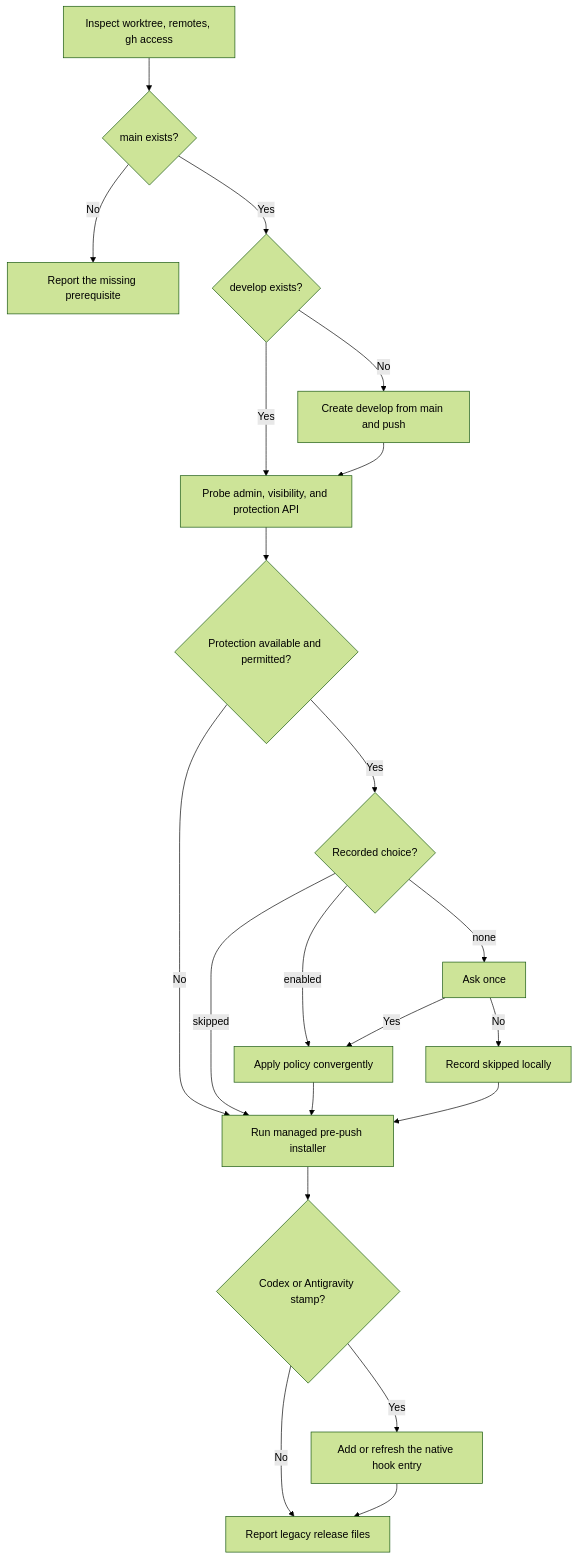
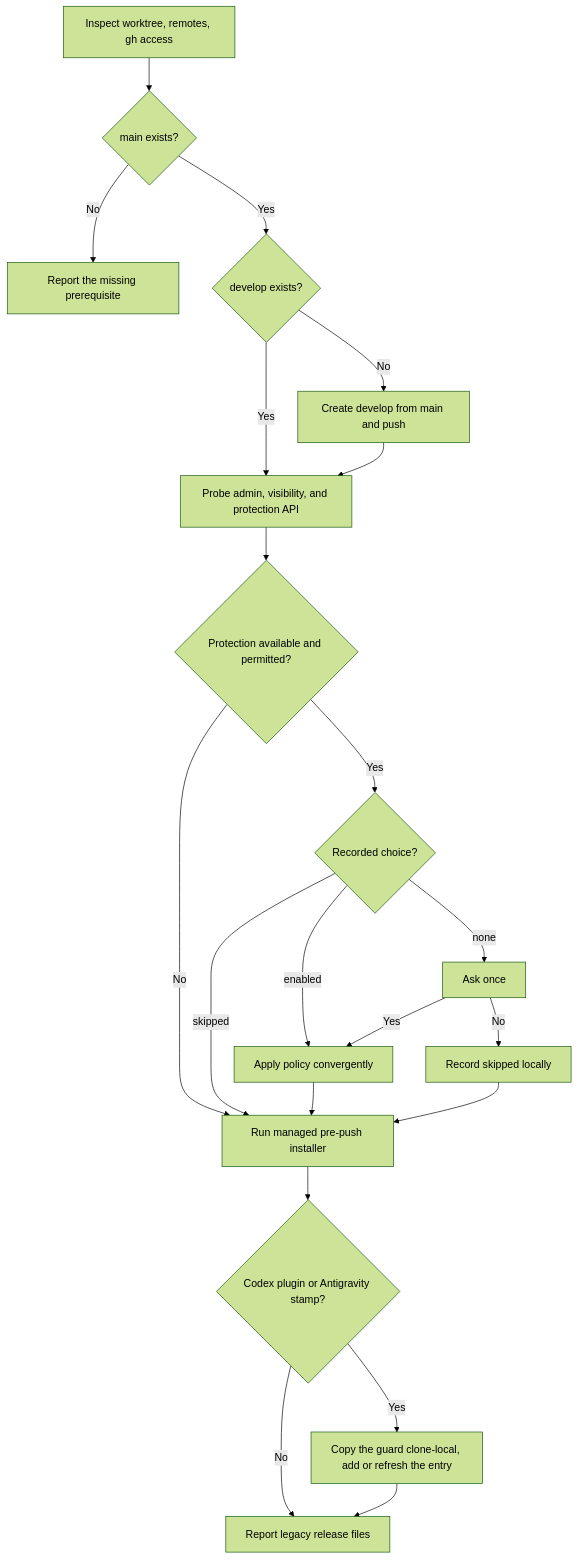
One commit to 0x0w1/jig changed the diagram in docs/en/skills/github-sync.md. Above: the diagram before and after it, drawn with Mermaid (forest theme). The commit also changed other lines of this file and 113 other files, not shown here.

````diff
--- a/docs/en/skills/github-sync.md
+++ b/docs/en/skills/github-sync.md
@@ -23,23 +24,23 @@
 ```mermaid
 flowchart TD
     Inspect[Inspect worktree, remotes, gh access] --> Main{main exists?}
     Main -- No --> Stop[Report the missing prerequisite]
     Main -- Yes --> Develop{develop exists?}
     Develop -- No --> Create[Create develop from main and push]
     Develop -- Yes --> Probe
     Create --> Probe[Probe admin, visibility, and protection API]
     Probe --> Available{Protection available and permitted?}
     Available -- No --> Guard[Run managed pre-push installer]
     Available -- Yes --> Choice{Recorded choice?}
     Choice -- enabled --> Apply[Apply policy convergently]
     Choice -- skipped --> Guard
     Choice -- none --> Ask[Ask once]
     Ask -- Yes --> Apply
     Ask -- No --> Record[Record skipped locally]
     Apply --> Guard
     Record --> Guard
-    Guard --> Hosts{Codex or Antigravity stamp?}
-    Hosts -- Yes --> Native[Add or refresh the native hook entry]
+    Guard --> Hosts{Codex plugin or Antigravity stamp?}
+    Hosts -- Yes --> Native[Copy the guard clone-local, add or refresh the entry]
     Hosts -- No --> Legacy
     Native --> Legacy[Report legacy release files]
 ```
````
